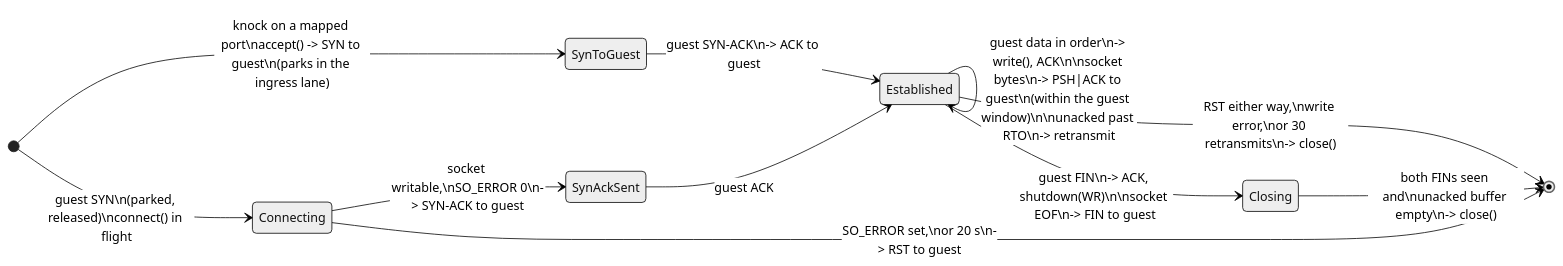
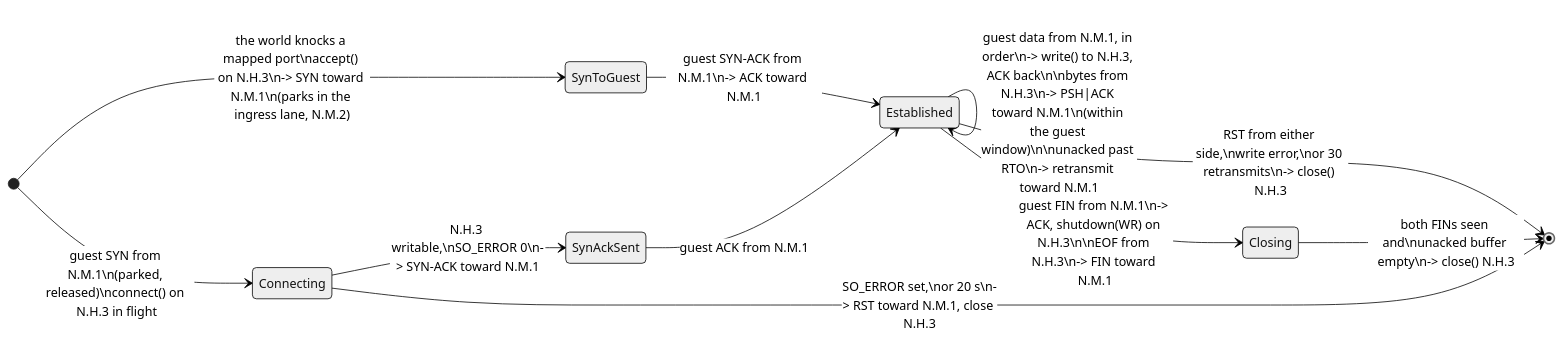
One commit to omne-earth/cella changed the fourth of 5 diagrams in docs/ROOTLESS-NETWORK.md. Above: the diagram before and after it, drawn with Mermaid (neutral theme). The commit also changed other lines of this file and 19 other files, not shown here.

````diff
--- a/docs/ROOTLESS-NETWORK.md
+++ b/docs/ROOTLESS-NETWORK.md
@@ -110,14 +151,14 @@
 ```mermaid
 stateDiagram-v2
     direction LR
-    [*] --> Connecting: guest SYN\n(parked, released)\nconnect() in flight
-    Connecting --> SynAckSent: socket writable,\nSO_ERROR 0\n-> SYN-ACK to guest
-    Connecting --> [*]: SO_ERROR set,\nor 20 s\n-> RST to guest
-    SynAckSent --> Established: guest ACK
-    [*] --> SynToGuest: knock on a mapped port\naccept() -> SYN to guest\n(parks in the ingress lane)
-    SynToGuest --> Established: guest SYN-ACK\n-> ACK to guest
-    Established --> Established: guest data in order\n-> write(), ACK\n\nsocket bytes\n-> PSH|ACK to guest\n(within the guest window)\n\nunacked past RTO\n-> retransmit
-    Established --> Closing: guest FIN\n-> ACK, shutdown(WR)\n\nsocket EOF\n-> FIN to guest
-    Closing --> [*]: both FINs seen and\nunacked buffer empty\n-> close()
-    Established --> [*]: RST either way,\nwrite error,\nor 30 retransmits\n-> close()
+    [*] --> Connecting: guest SYN from N.M.1\n(parked, released)\nconnect() on N.H.3 in flight
+    Connecting --> SynAckSent: N.H.3 writable,\nSO_ERROR 0\n-> SYN-ACK toward N.M.1
+    Connecting --> [*]: SO_ERROR set,\nor 20 s\n-> RST toward N.M.1, close N.H.3
+    SynAckSent --> Established: guest ACK from N.M.1
+    [*] --> SynToGuest: the world knocks a mapped port\naccept() on N.H.3\n-> SYN toward N.M.1\n(parks in the ingress lane, N.M.2)
+    SynToGuest --> Established: guest SYN-ACK from N.M.1\n-> ACK toward N.M.1
+    Established --> Established: guest data from N.M.1, in order\n-> write() to N.H.3, ACK back\n\nbytes from N.H.3\n-> PSH|ACK toward N.M.1\n(within the guest window)\n\nunacked past RTO\n-> retransmit toward N.M.1
+    Established --> Closing: guest FIN from N.M.1\n-> ACK, shutdown(WR) on N.H.3\n\nEOF from N.H.3\n-> FIN toward N.M.1
+    Closing --> [*]: both FINs seen and\nunacked buffer empty\n-> close() N.H.3
+    Established --> [*]: RST from either side,\nwrite error,\nor 30 retransmits\n-> close() N.H.3
 ```
````
